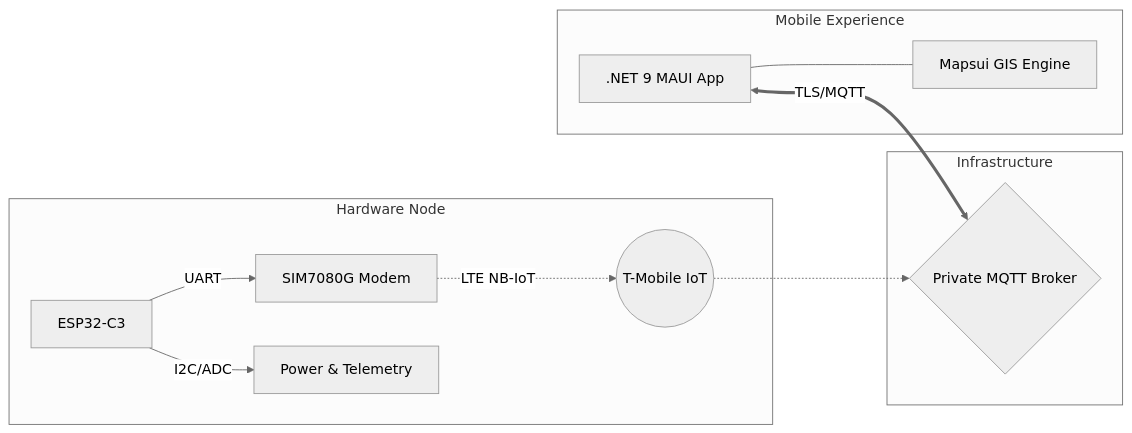
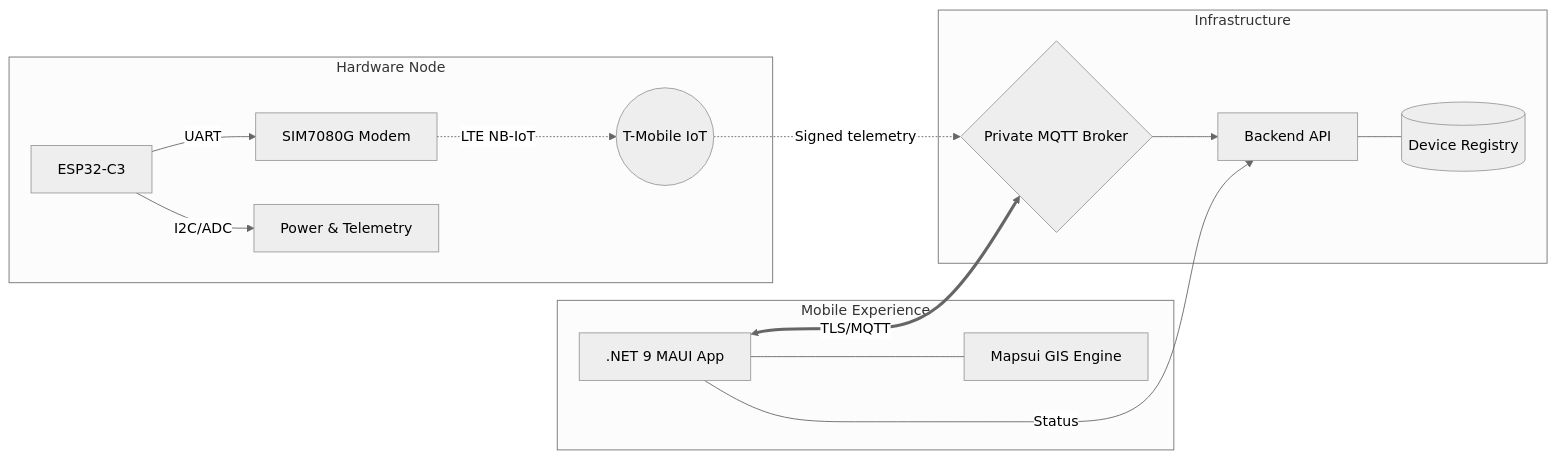
One commit to Venca277/TrackerClementine-Releases changed the diagram in README.md. Above: the diagram before and after it, drawn with Mermaid (neutral theme). The commit also changed other lines of this file, not shown here.

````diff
--- a/README.md
+++ b/README.md
@@ -43,17 +58,20 @@
 ```mermaid
 flowchart LR
     subgraph Edge [Hardware Node]
         C[ESP32-C3] -- UART --> D[SIM7080G Modem]
         D -. LTE NB-IoT .-> E((T-Mobile IoT))
         C -- I2C/ADC --> F[Power & Telemetry]
     end
 
     subgraph Cloud [Infrastructure]
-        E -.-> B{Private MQTT Broker}
+        E -. Signed telemetry .-> B{Private MQTT Broker}
+        B --> H[Backend API]
+        H --- I[(Device Registry)]
     end
 
     subgraph Client [Mobile Experience]
         A[.NET 9 MAUI App] <== TLS/MQTT ==> B
+        A -- Status --> H
         A --- G[Mapsui GIS Engine]
     end
 ```
````
